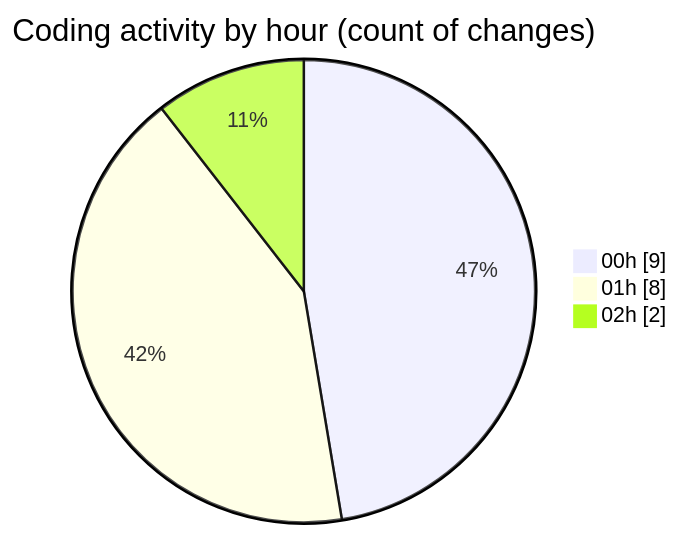
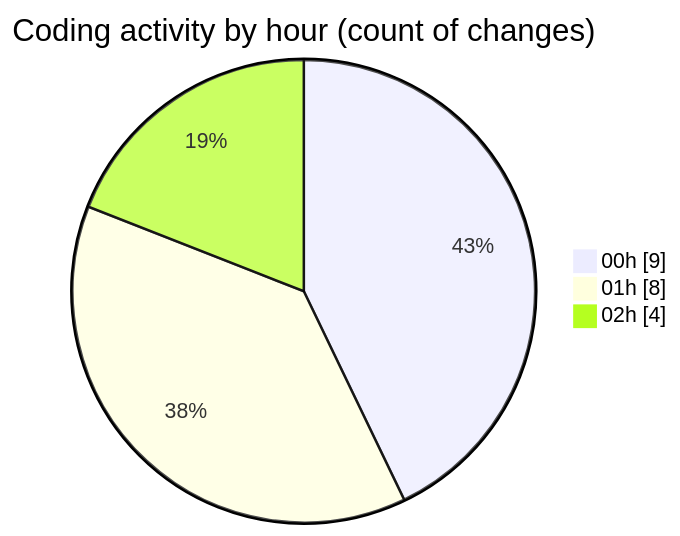
Before and after one commit to jrari/code-tracking: the second of 2 diagrams in 2025-07-14/telebot/README.md, drawn with Mermaid. The commit also changed other lines of this file and 1 other file, not shown here.

````diff
--- a/2025-07-14/telebot/README.md
+++ b/2025-07-14/telebot/README.md
@@ -37,7 +37,7 @@
 ```mermaid
 pie showData
 title Coding activity by hour (count of changes)
 "00h" : 9
 "01h" : 8
-"02h" : 2
+"02h" : 4
 ```
````
